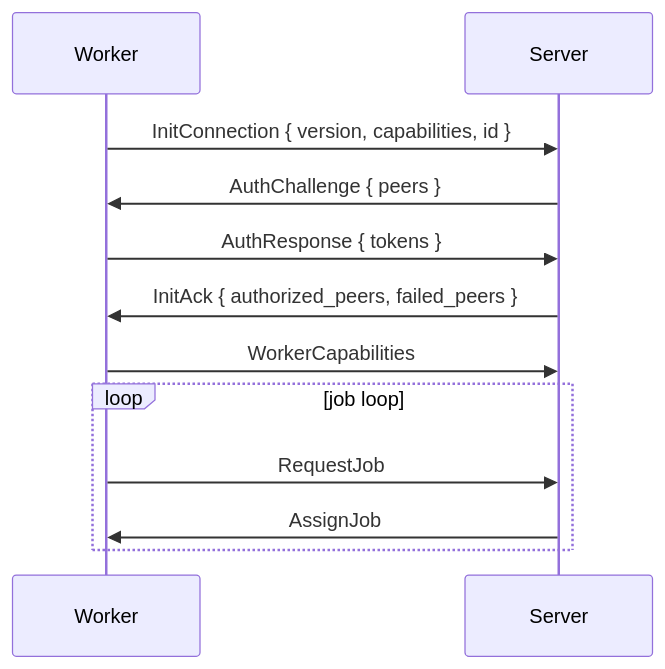
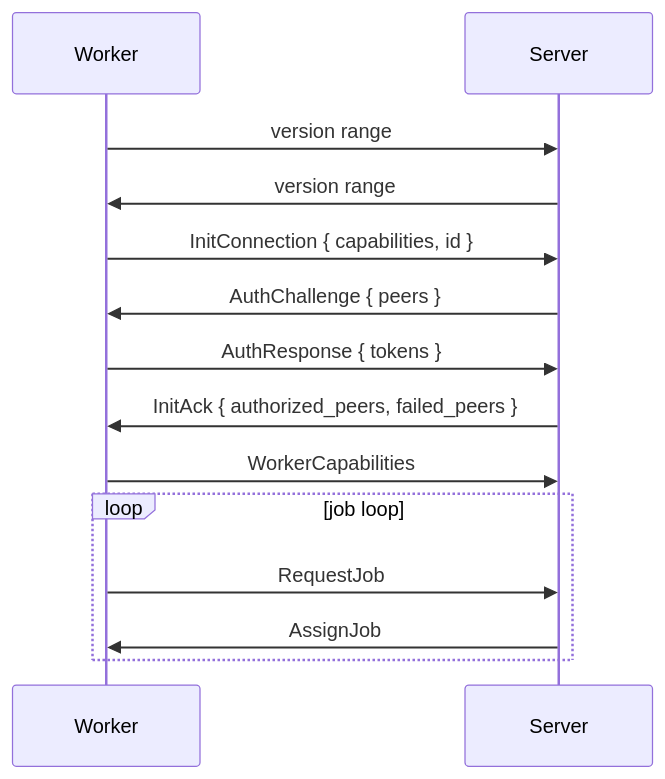
The first of 3 diagrams in docs/src/contributors/proto/connection.md (wavelens/gradient), drawn with Mermaid before and after one commit. The commit also changed other lines of this file and 5 other files, not shown here.

````diff
--- a/docs/src/contributors/proto/connection.md
+++ b/docs/src/contributors/proto/connection.md
@@ -5,14 +5,16 @@
 ```mermaid
 sequenceDiagram
     participant W as Worker
     participant S as Server
-    W->>S: InitConnection { version, capabilities, id }
+    W->>S: version range
+    S->>W: version range
+    W->>S: InitConnection { capabilities, id }
     S->>W: AuthChallenge { peers }
     W->>S: AuthResponse { tokens }
     S->>W: InitAck { authorized_peers, failed_peers }
     W->>S: WorkerCapabilities
     loop job loop
         W->>S: RequestJob
         S->>W: AssignJob
     end
 ```
````
